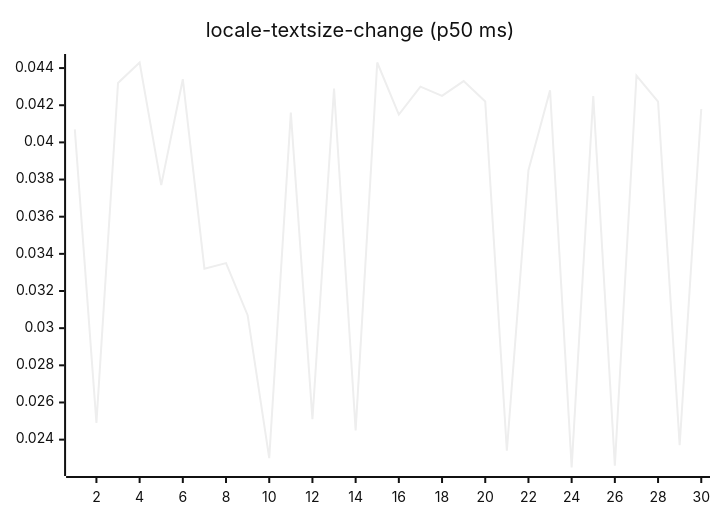
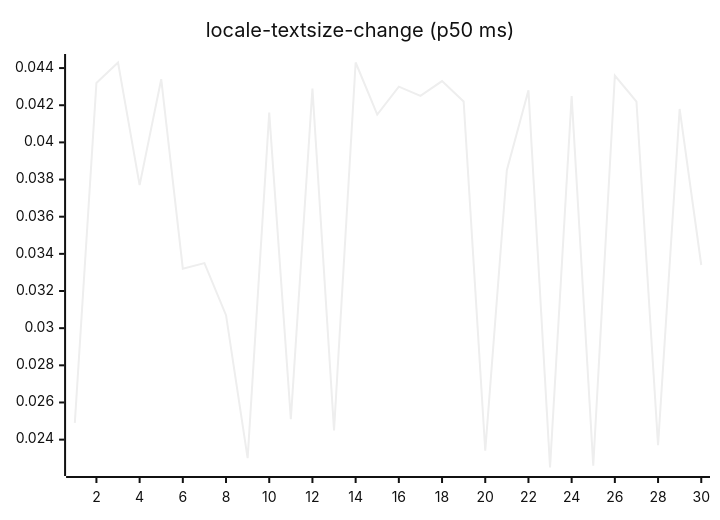
Before and after one commit to josha/Facet: diagram 13 of 27 in README.md, drawn with Mermaid (neutral theme). The commit also changed other lines of this file and 2 other files, not shown here.

````diff
--- a/README.md
+++ b/README.md
@@ -147,6 +147,6 @@
 ```mermaid
 xychart-beta
     title "locale-textsize-change (p50 ms)"
     x-axis 1 --> 30
-    line [0.0407, 0.0249, 0.0432, 0.0443, 0.0377, 0.0434, 0.0332, 0.0335, 0.0307, 0.0230, 0.0416, 0.0251, 0.0429, 0.0245, 0.0443, 0.0415, 0.0430, 0.0425, 0.0433, 0.0422, 0.0234, 0.0385, 0.0428, 0.0225, 0.0425, 0.0226, 0.0436, 0.0422, 0.0237, 0.0418]
+    line [0.0249, 0.0432, 0.0443, 0.0377, 0.0434, 0.0332, 0.0335, 0.0307, 0.0230, 0.0416, 0.0251, 0.0429, 0.0245, 0.0443, 0.0415, 0.0430, 0.0425, 0.0433, 0.0422, 0.0234, 0.0385, 0.0428, 0.0225, 0.0425, 0.0226, 0.0436, 0.0422, 0.0237, 0.0418, 0.0334]
 ```
````
